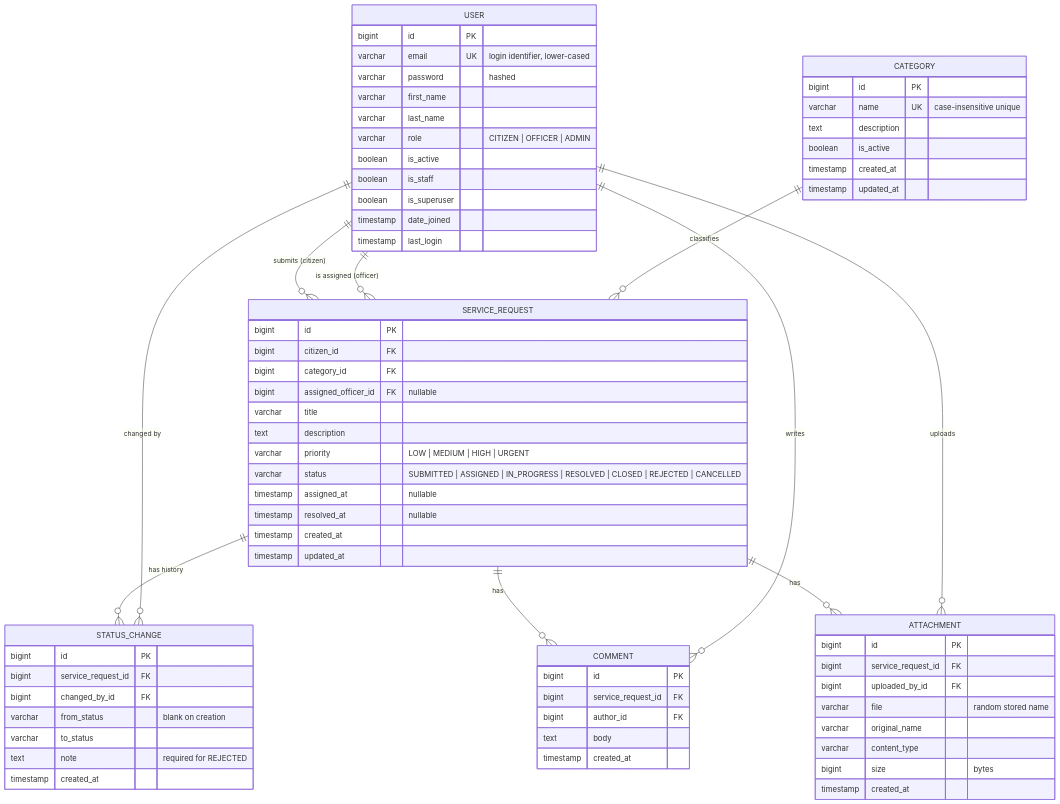
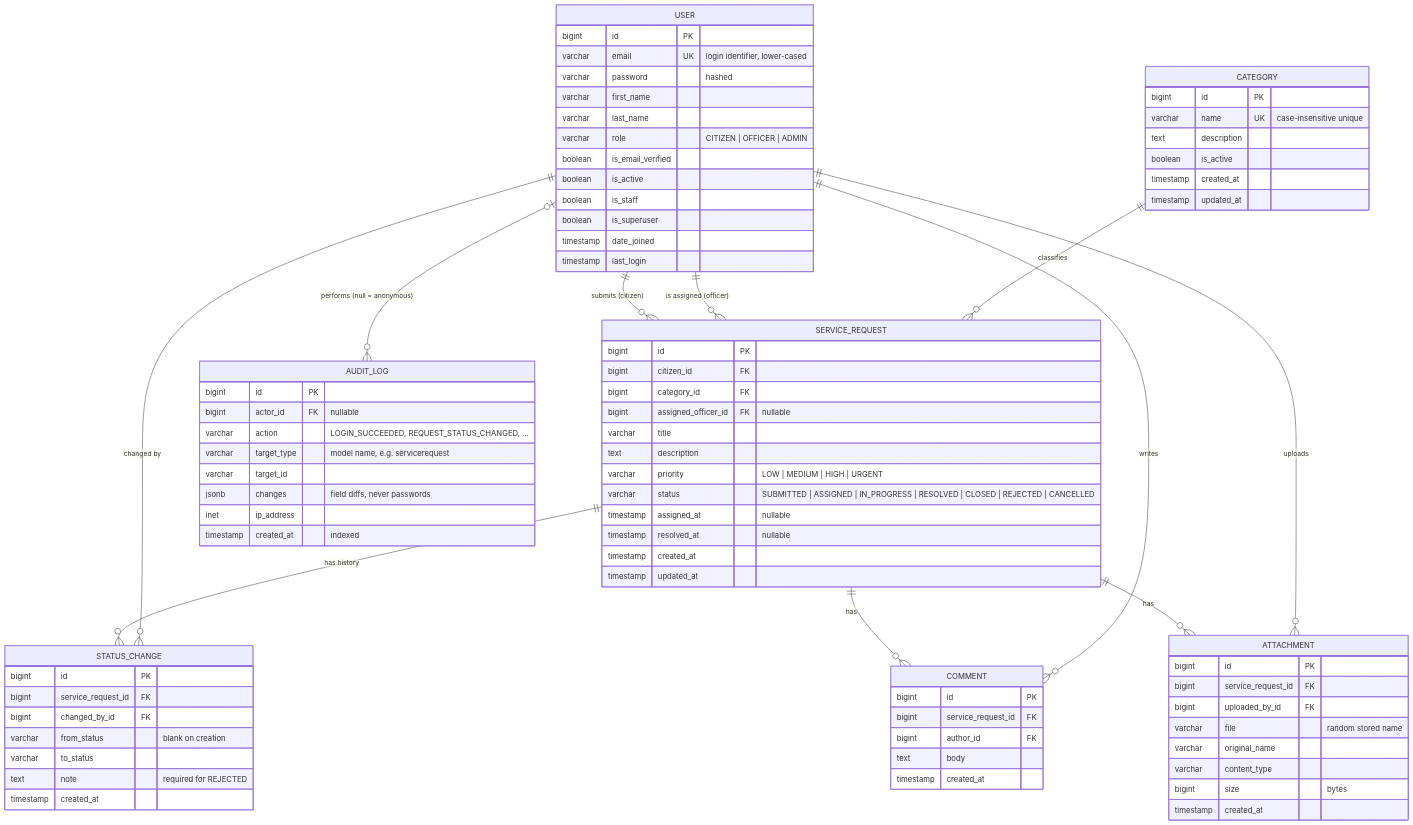
Before and after one commit to Bishal05das/Government-Service-Request-Management-System: the diagram in docs/erd.md, drawn with Mermaid. The commit also changed other lines of this file and 1 other file, not shown here.

Commit message:
docs(architecture): add redis, celery, smtp and audit log to diagrams

````diff
--- a/docs/erd.md
+++ b/docs/erd.md
@@ -11,6 +11,7 @@
     USER ||--o{ STATUS_CHANGE : "changed by"
     USER ||--o{ COMMENT : writes
     USER ||--o{ ATTACHMENT : uploads
+    USER |o--o{ AUDIT_LOG : "performs (null = anonymous)"
 
     USER {
         bigint id PK
@@ -19,6 +20,7 @@
         varchar first_name
         varchar last_name
         varchar role "CITIZEN | OFFICER | ADMIN"
+        boolean is_email_verified
         boolean is_active
         boolean is_staff
         boolean is_superuser
@@ -78,4 +80,15 @@
         bigint size "bytes"
         timestamp created_at
     }
+
+    AUDIT_LOG {
+        bigint id PK
+        bigint actor_id FK "nullable"
+        varchar action "LOGIN_SUCCEEDED, REQUEST_STATUS_CHANGED, ..."
+        varchar target_type "model name, e.g. servicerequest"
+        varchar target_id
+        jsonb changes "field diffs, never passwords"
+        inet ip_address
+        timestamp created_at "indexed"
+    }
 ```
````
